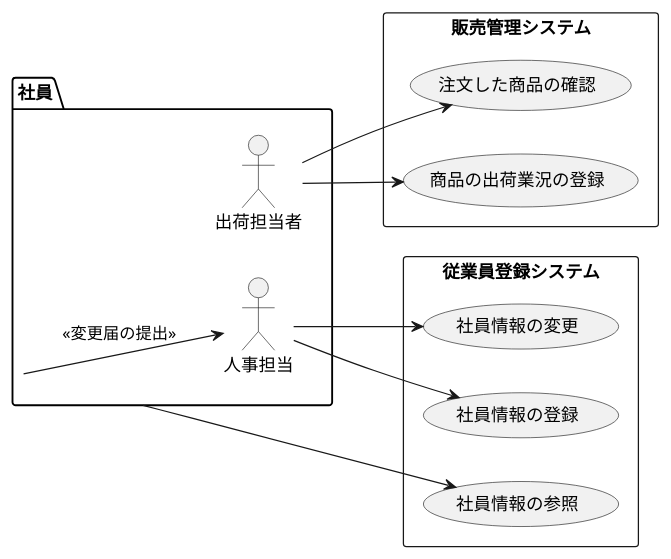
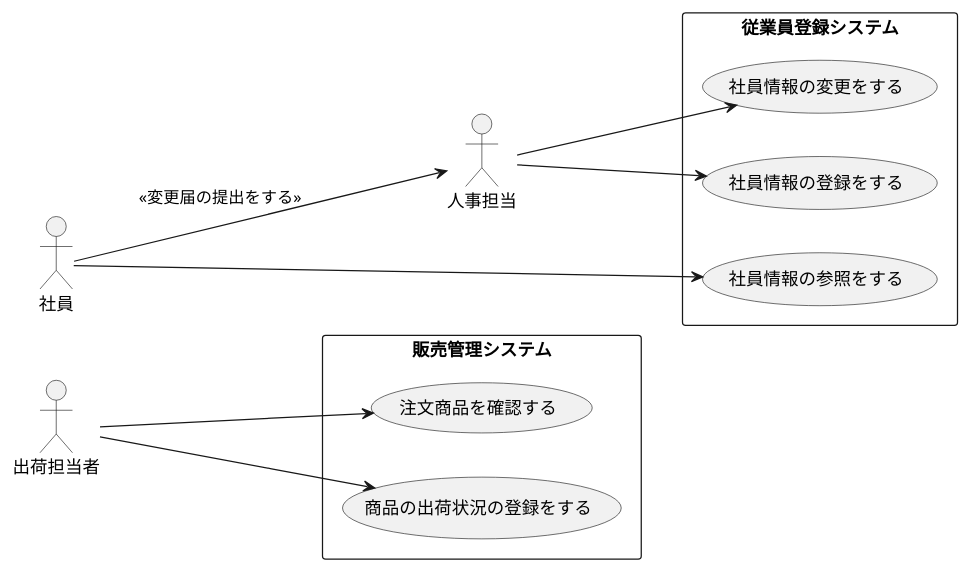
The diagram in 2-5_盛岡商事_販売管理システム.pu (kenkensan/uml-introduction), drawn with PlantUML before and after one commit.

Commit message:
2-5と2-6の修正

```diff
--- a/2-5_盛岡商事_販売管理システム.pu
+++ b/2-5_盛岡商事_販売管理システム.pu
@@ -1,25 +1,24 @@
 @startuml 演習2-4
 left to right direction
-package 社員{
 actor 出荷担当者
 actor 人事担当
-}
+actor 社員
 
 
 rectangle 販売管理システム{
-usecase 注文した商品の確認
-usecase 商品の出荷業況の登録
+usecase 注文商品を確認する
+usecase 商品の出荷状況の登録をする
 }
 rectangle 従業員登録システム{
-usecase 社員情報の変更
-usecase 社員情報の登録
-usecase 社員情報の参照
+usecase 社員情報の変更をする
+usecase 社員情報の登録をする
+usecase 社員情報の参照をする
 }
-出荷担当者 -->注文した商品の確認
-出荷担当者 -->商品の出荷業況の登録
-人事担当 -->社員情報の登録
-人事担当 -->社員情報の変更
-社員 -->社員情報の参照
-社員 -->人事担当 :<<変更届の提出>>
+出荷担当者 -->注文商品を確認する
+出荷担当者 -->商品の出荷状況の登録をする
+人事担当 -->社員情報の登録をする
+人事担当 -->社員情報の変更をする
+社員 -->社員情報の参照をする
+社員 -->人事担当 :<<変更届の提出をする>>
 
 @enduml
```
